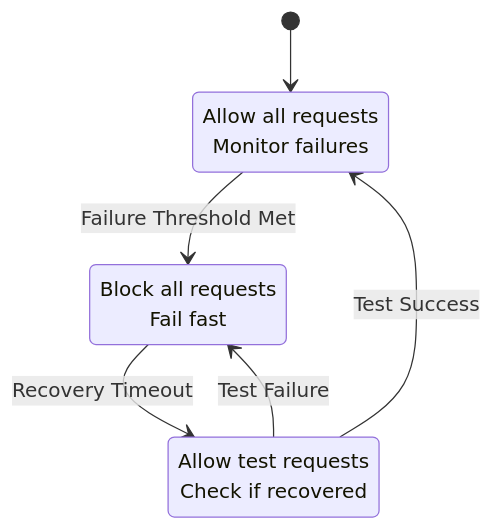
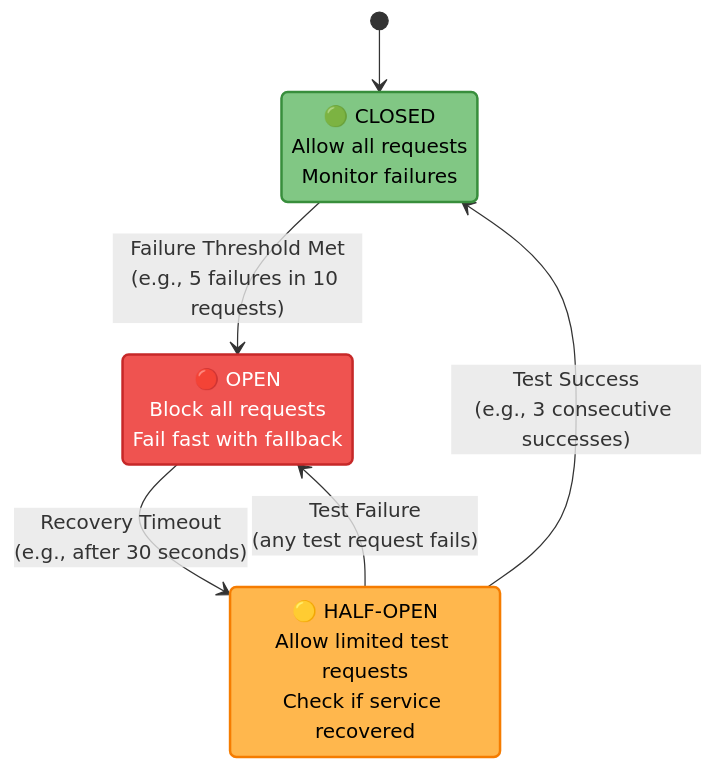
The first of 15 diagrams in docs/pattern-library/resilience/circuit-breaker.md (deepaucksharma/DStudio), drawn with Mermaid before and after one commit. The commit also changed other lines of this file and 11 other files, not shown here.

````diff
--- a/docs/pattern-library/resilience/circuit-breaker.md
+++ b/docs/pattern-library/resilience/circuit-breaker.md
@@ -114,12 +125,20 @@
 ```mermaid
 stateDiagram-v2
     [*] --> Closed
-    Closed --> Open: Failure Threshold Met
-    Open --> HalfOpen: Recovery Timeout
-    HalfOpen --> Closed: Test Success
-    HalfOpen --> Open: Test Failure
+    Closed --> Open: Failure Threshold Met<br/>(e.g., 5 failures in 10 requests)
+    Open --> HalfOpen: Recovery Timeout<br/>(e.g., after 30 seconds)
+    HalfOpen --> Closed: Test Success<br/>(e.g., 3 consecutive successes)
+    HalfOpen --> Open: Test Failure<br/>(any test request fails)
     
-    Closed: Allow all requests<br/>Monitor failures
-    Open: Block all requests<br/>Fail fast
-    HalfOpen: Allow test requests<br/>Check if recovered
+    Closed: 🟢 CLOSED<br/>Allow all requests<br/>Monitor failures
+    Open: 🔴 OPEN<br/>Block all requests<br/>Fail fast with fallback
+    HalfOpen: 🟡 HALF-OPEN<br/>Allow limited test requests<br/>Check if service recovered
+    
+    classDef closedState fill:#81c784,stroke:#388e3c,stroke-width:2px,color:#000
+    classDef openState fill:#ef5350,stroke:#c62828,stroke-width:2px,color:#fff
+    classDef halfOpenState fill:#ffb74d,stroke:#f57c00,stroke-width:2px,color:#000
+    
+    class Closed closedState
+    class Open openState
+    class HalfOpen halfOpenState
 ```
````
